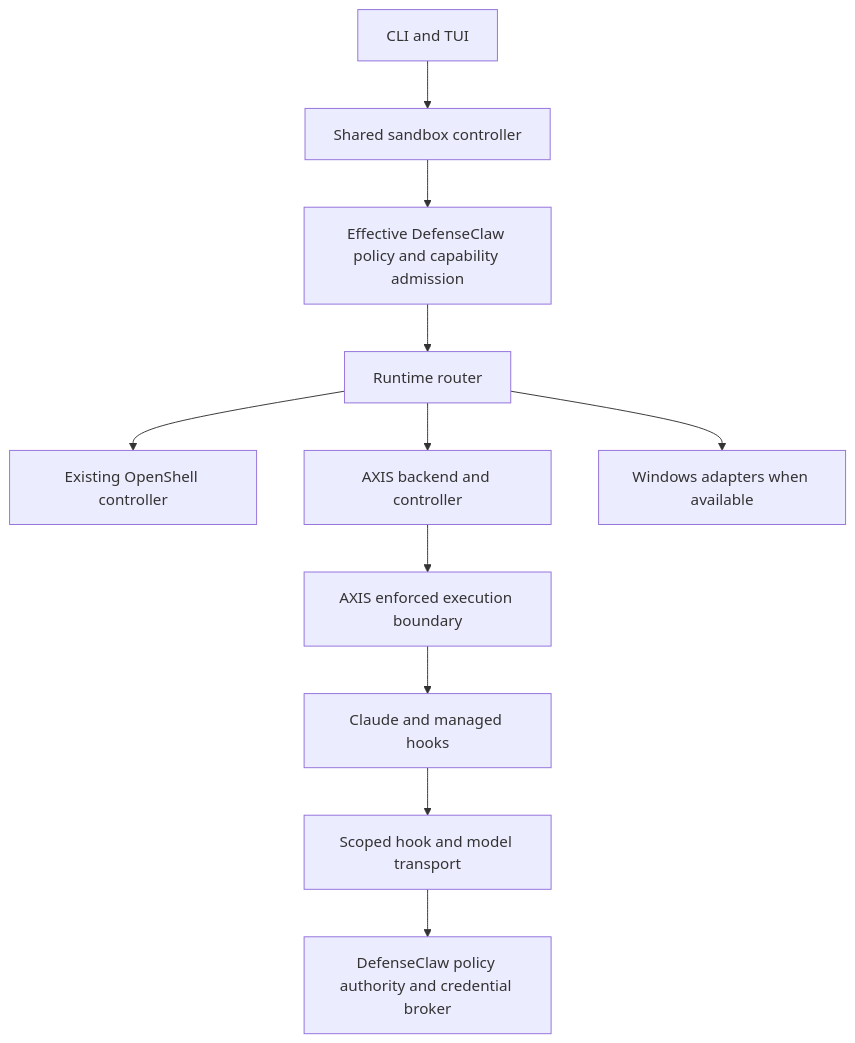
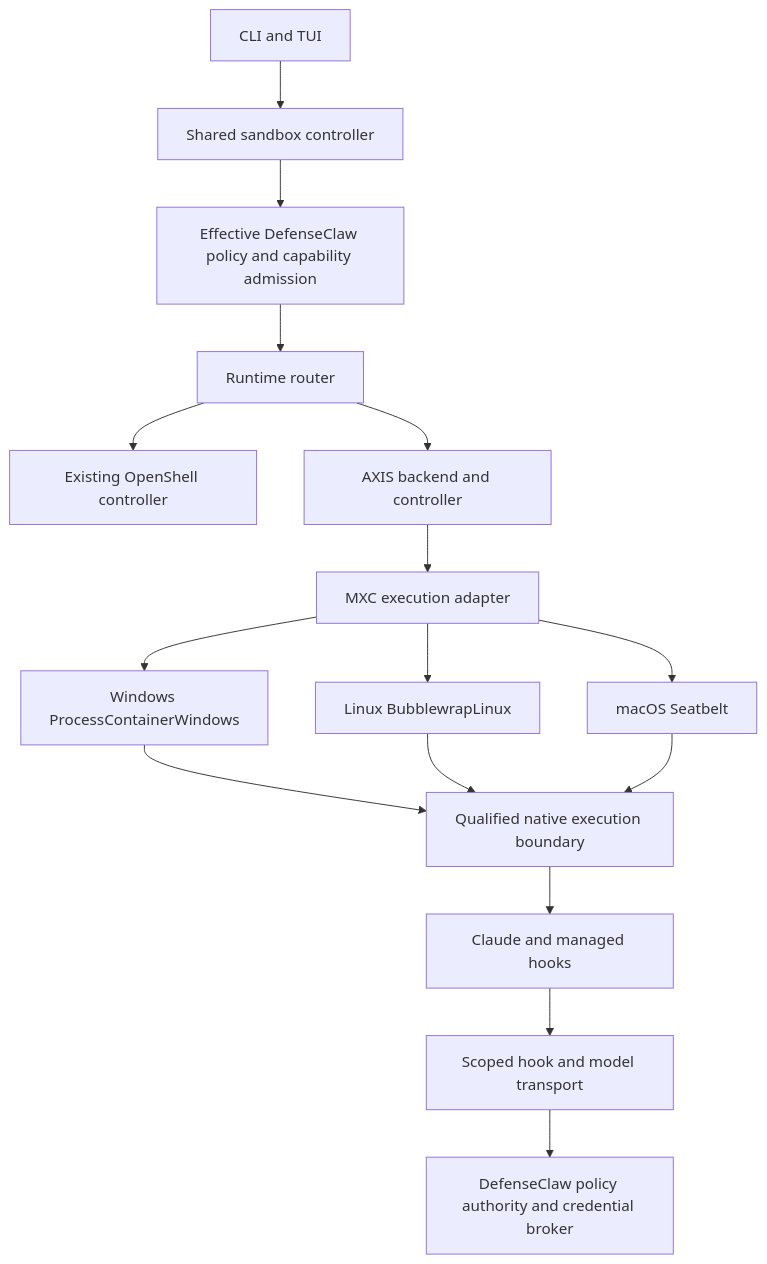
One commit to DominikHommer/defenseclaw changed the diagram in docs/design/axis-sandbox-integration-plan.md. Above: the diagram before and after it, drawn with Mermaid. The commit also changed other lines of this file, not shown here.

Commit message:
docs(sandbox): require native MXC platform routes and shared policy authority

````diff
--- a/docs/design/axis-sandbox-integration-plan.md
+++ b/docs/design/axis-sandbox-integration-plan.md
@@ -112,13 +140,18 @@
 ```mermaid
 flowchart TD
     CLI[CLI and TUI] --> Control[Shared sandbox controller]
     Control --> Policy[Effective DefenseClaw policy and capability admission]
     Policy --> Router[Runtime router]
     Router --> OpenShell[Existing OpenShell controller]
     Router --> AXIS[AXIS backend and controller]
-    Router --> Windows[Windows adapters when available]
-    AXIS --> Boundary[AXIS enforced execution boundary]
+    AXIS --> MXC[MXC execution adapter]
+    MXC --> Windows[Windows ProcessContainerWindows]
+    MXC --> Linux[Linux BubblewrapLinux]
+    MXC --> macOS[macOS Seatbelt]
+    Windows --> Boundary[Qualified native execution boundary]
+    Linux --> Boundary
+    macOS --> Boundary
     Boundary --> Agent[Claude and managed hooks]
     Agent --> Scoped[Scoped hook and model transport]
     Scoped --> Authority[DefenseClaw policy authority and credential broker]
 ```
````
